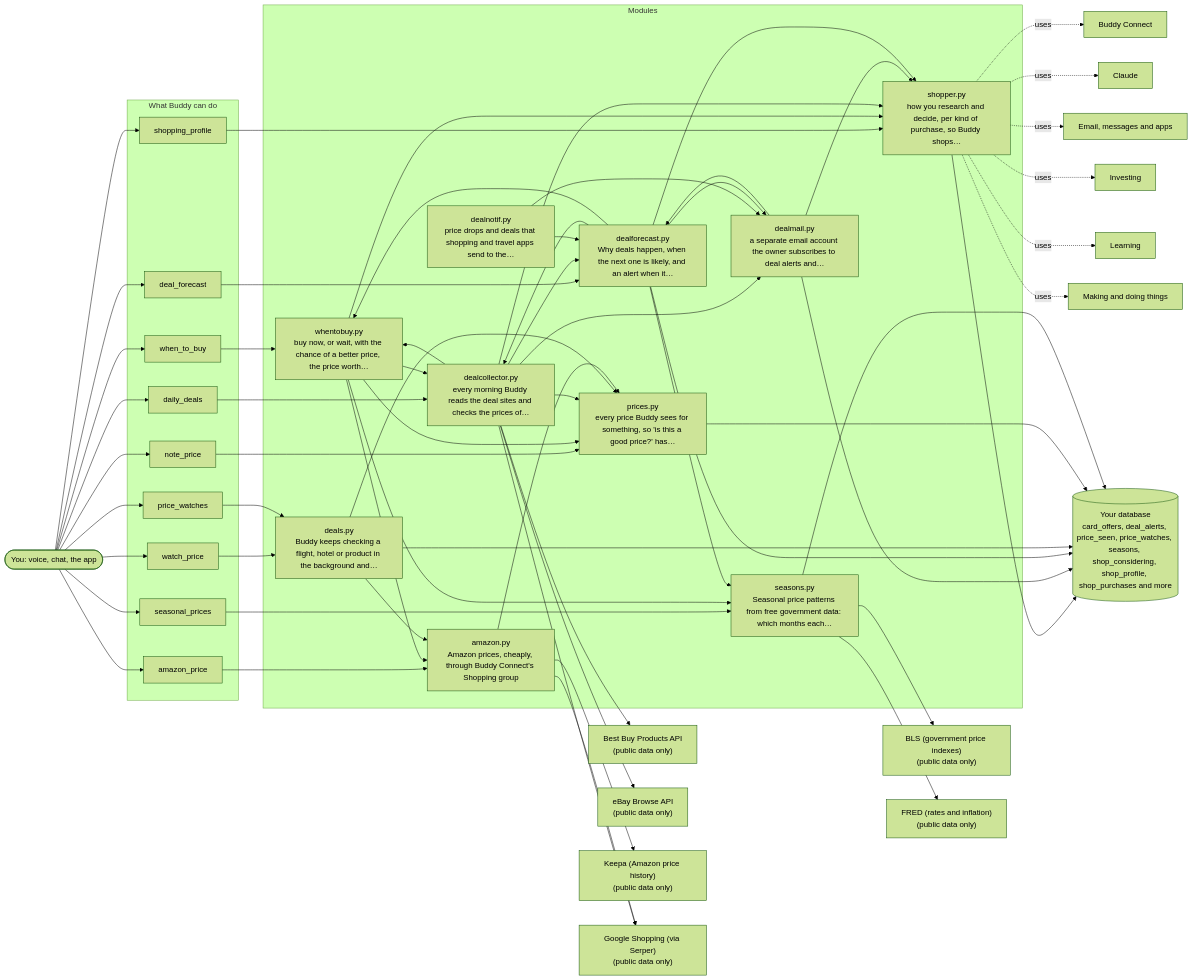
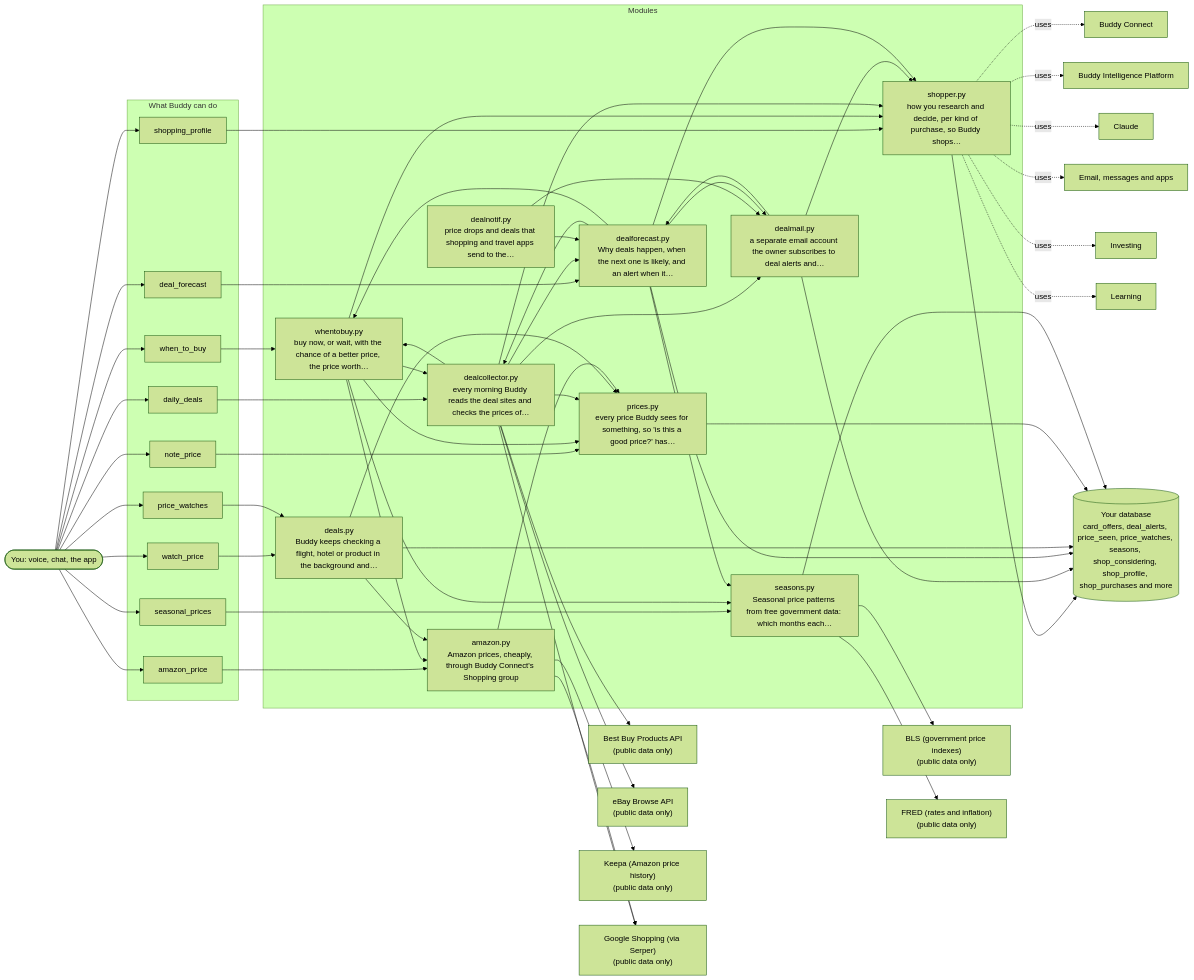
The diagram in docs/architecture/10-shopping-and-deals.md (aneesh304810/BuddyAgent), drawn with Mermaid (forest theme) before and after one commit. The commit also changed other lines of this file and 23 other files, not shown here.

````diff
--- a/docs/architecture/10-shopping-and-deals.md
+++ b/docs/architecture/10-shopping-and-deals.md
@@ -92,14 +92,14 @@
     amazon_py --> s_serper_shopping
     o_0["Buddy Connect"]
     shopper_py -. uses .-> o_0
-    o_1["Claude"]
+    o_1["Buddy Intelligence Platform"]
     shopper_py -. uses .-> o_1
-    o_2["Email, messages and apps"]
+    o_2["Claude"]
     shopper_py -. uses .-> o_2
-    o_3["Investing"]
+    o_3["Email, messages and apps"]
     shopper_py -. uses .-> o_3
-    o_4["Learning"]
+    o_4["Investing"]
     shopper_py -. uses .-> o_4
-    o_5["Making and doing things"]
+    o_5["Learning"]
     shopper_py -. uses .-> o_5
 ```
````
